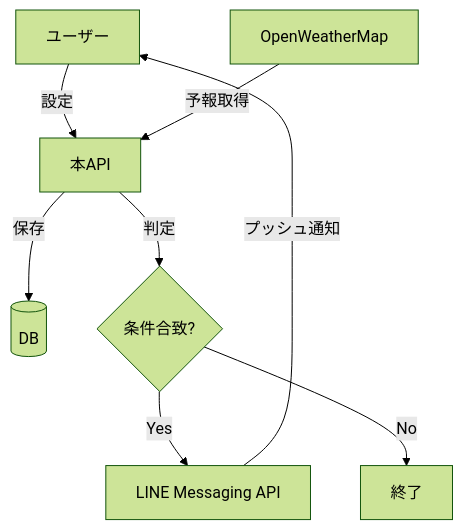
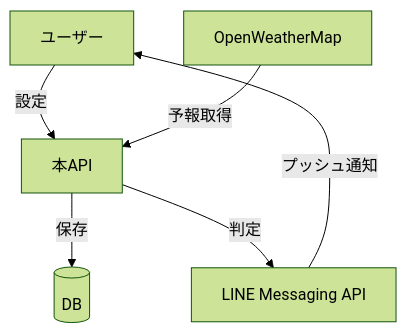
The first of 3 diagrams in report-04/reports-04.md (yugo4289/API-2025), drawn with Mermaid (forest theme) before and after one commit. The commit also changed other lines of this file, not shown here.

`````diff
--- a/report-04/reports-04.md
+++ b/report-04/reports-04.md
@@ -70,10 +70,8 @@
 ```mermaid
 flowchart TD
     A[ユーザー] -->|設定| B[本API]
     B -->|保存| E[(DB)]
     C[OpenWeatherMap] -->|予報取得| B
-    B -->|判定| D{条件合致?}
-    D -->|Yes| F[LINE Messaging API]
+    B -->|判定| F[LINE Messaging API]
     F -->|プッシュ通知| A
-    D -->|No| G[終了]
 ````
`````
